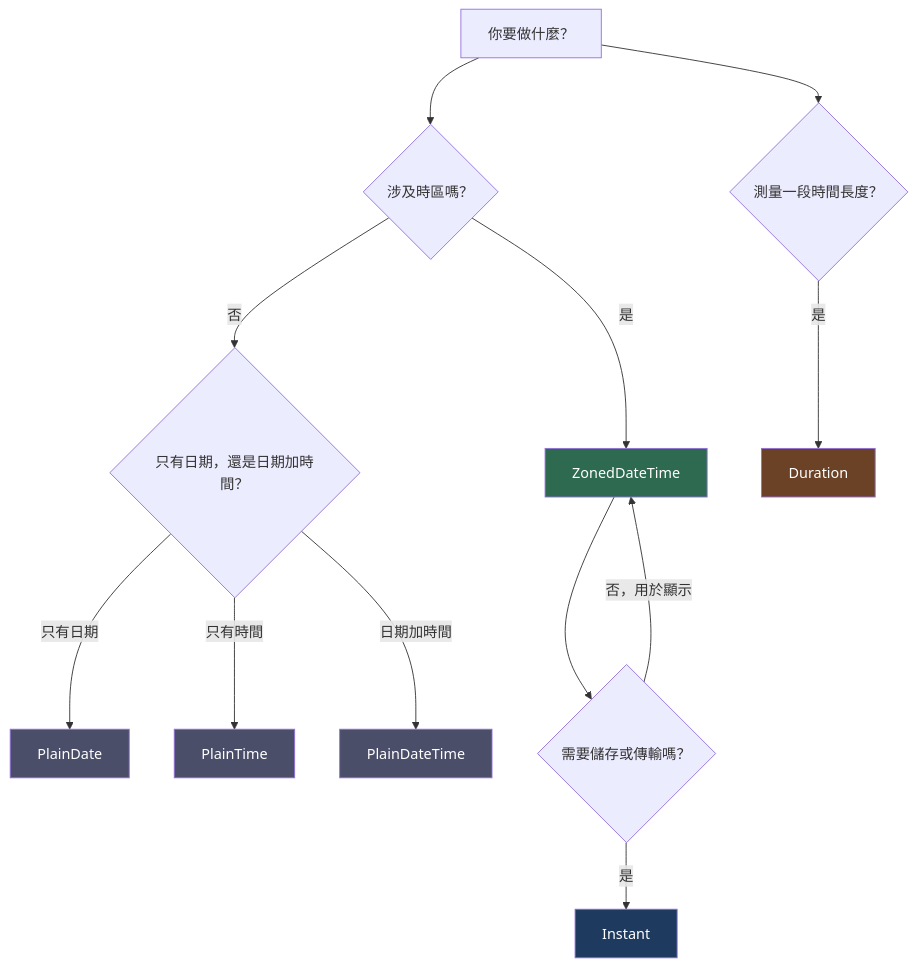
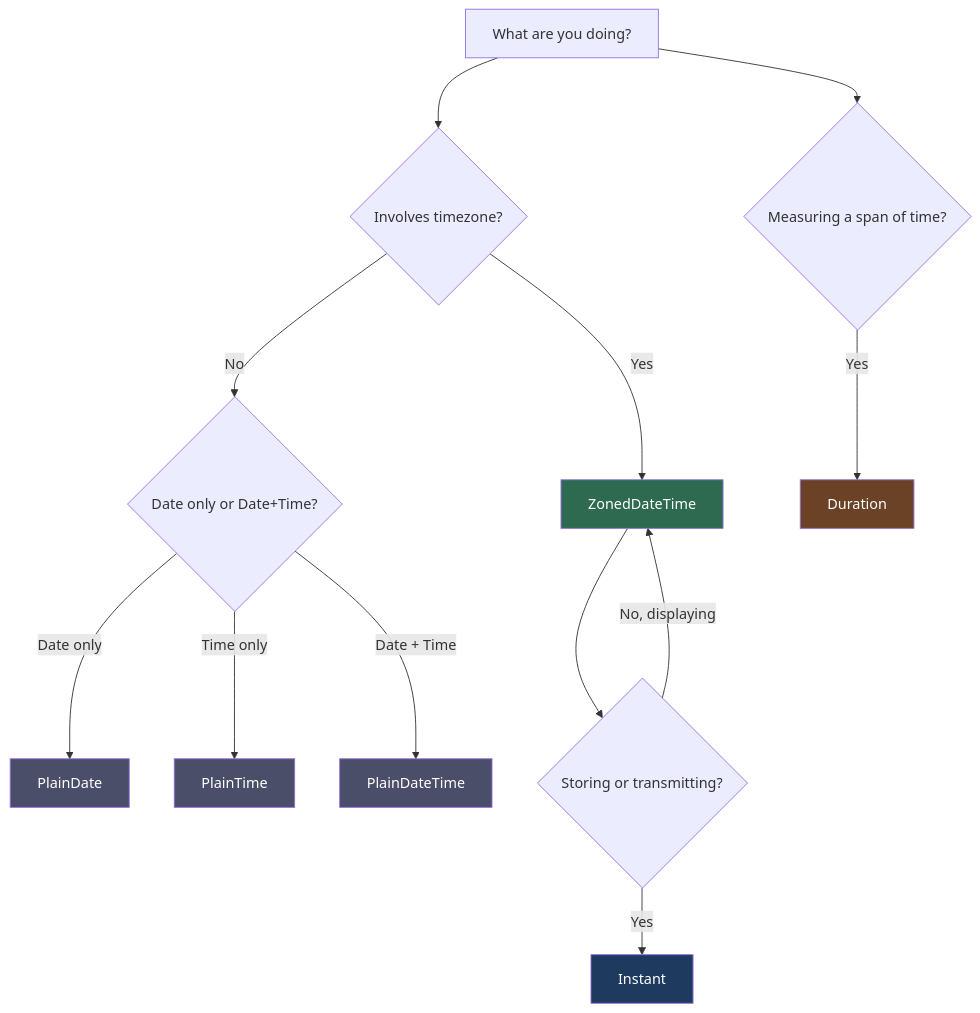
Before and after one commit to alivedise/frontend-engineering-essentials: the diagram in docs/zh-tw/Web Platform Proposals/TC39 and JS Proposals/10001.md, drawn with Mermaid. The commit also changed other lines of this file and 1 other file, not shown here.

Commit message:
fix(fee): fix FEE-10001 Internal References link and Mermaid zh-TW

````diff
--- a/docs/zh-tw/Web Platform Proposals/TC39 and JS Proposals/10001.md
+++ b/docs/zh-tw/Web Platform Proposals/TC39 and JS Proposals/10001.md
@@ -190,24 +190,24 @@
 ```mermaid
 flowchart TD
-    A[你要做什麼？] --> B{涉及時區嗎？}
-    B -- 否 --> C{只有日期，還是日期加時間？}
-    B -- 是 --> D[ZonedDateTime]
+    A[What are you doing?] --> B{Involves timezone?}
+    B -- No --> C{Date only or Date+Time?}
+    B -- Yes --> D[ZonedDateTime]
 
-    C -- 只有日期 --> E[PlainDate]
-    C -- 只有時間 --> F[PlainTime]
-    C -- 日期加時間 --> G[PlainDateTime]
+    C -- Date only --> E[PlainDate]
+    C -- Time only --> F[PlainTime]
+    C -- Date + Time --> G[PlainDateTime]
 
-    D --> H{需要儲存或傳輸嗎？}
-    H -- 是 --> I[Instant]
-    H -- 否，用於顯示 --> D
+    D --> H{Storing or transmitting?}
+    H -- Yes --> I[Instant]
+    H -- No, displaying --> D
 
-    A --> J{測量一段時間長度？}
-    J -- 是 --> K[Duration]
+    A --> J{Measuring a span of time?}
+    J -- Yes --> K[Duration]
 
     style D fill:#2d6a4f,color:#fff
     style I fill:#1e3a5f,color:#fff
     style E fill:#4a4e69,color:#fff
     style F fill:#4a4e69,color:#fff
     style G fill:#4a4e69,color:#fff
     style K fill:#6b4226,color:#fff
 ```
````
